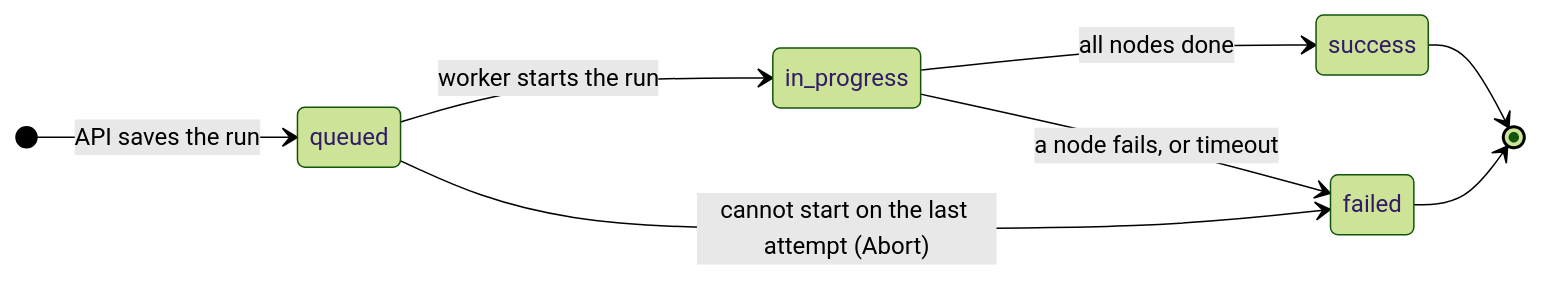
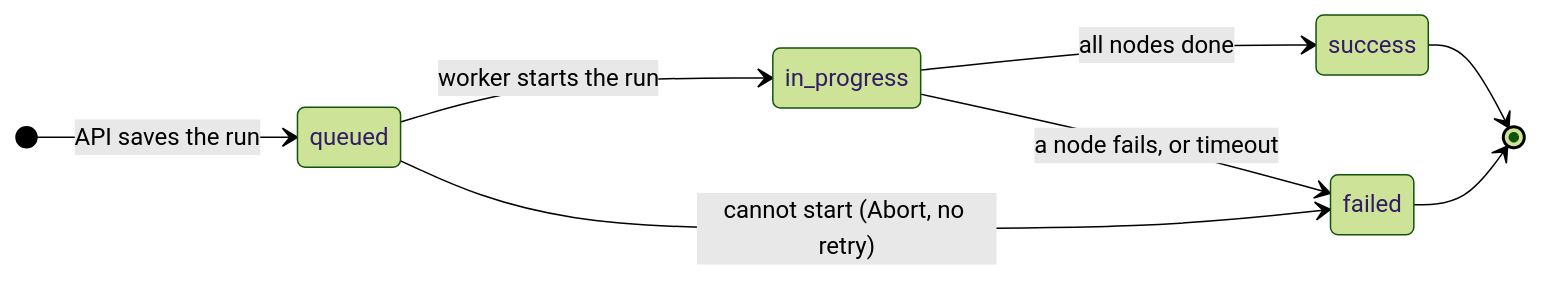
One commit to yuudev14/workflow changed the first of 3 diagrams in docs/diagram/statuses.md. Above: the diagram before and after it, drawn with Mermaid (forest theme). The commit also changed other lines of this file and 6 other files, not shown here.

````diff
--- a/docs/diagram/statuses.md
+++ b/docs/diagram/statuses.md
@@ -7,11 +7,11 @@
 ```mermaid
 stateDiagram-v2
     direction LR
     [*] --> queued: API saves the run
     queued --> in_progress: worker starts the run
     in_progress --> success: all nodes done
     in_progress --> failed: a node fails, or timeout
-    queued --> failed: cannot start on the last attempt (Abort)
+    queued --> failed: cannot start (Abort, no retry)
     success --> [*]
     failed --> [*]
 ```
````
